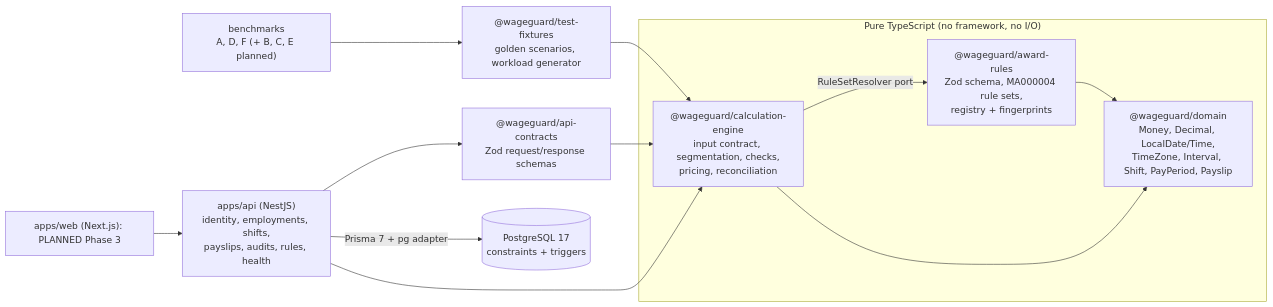
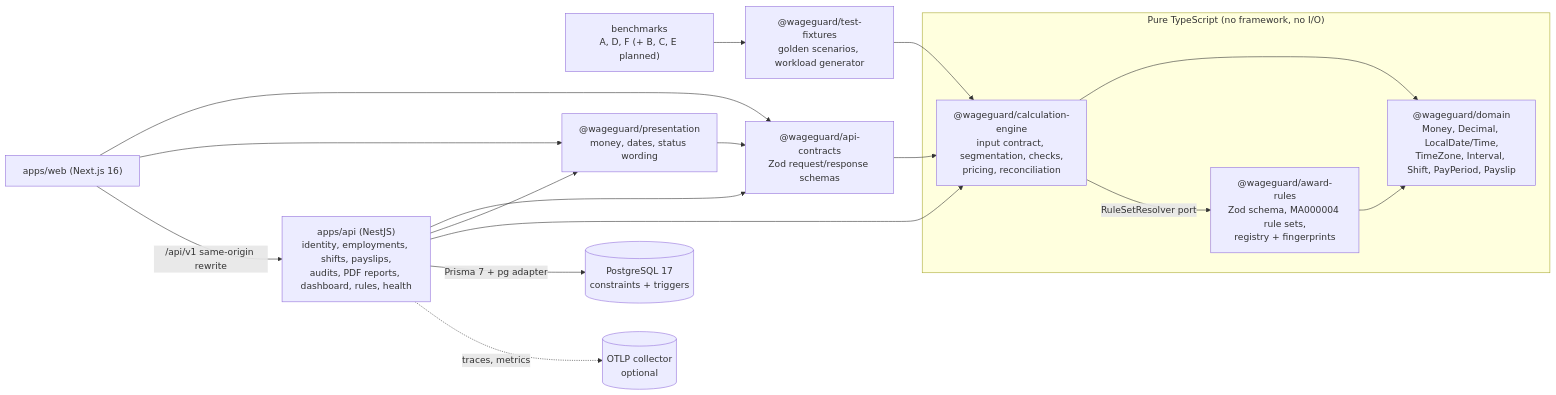
Before and after one commit to ijfabi/wageguard: the diagram in docs/architecture.md, drawn with Mermaid. The commit also changed other lines of this file and 80 other files, not shown here.

````diff
--- a/docs/architecture.md
+++ b/docs/architecture.md
@@ -7,25 +7,32 @@
 ```mermaid
 flowchart LR
   subgraph Pure["Pure TypeScript (no framework, no I/O)"]
     domain["@wageguard/domain<br/>Money, Decimal, LocalDate/Time,<br/>TimeZone, Interval, Shift, PayPeriod, Payslip"]
     rules["@wageguard/award-rules<br/>Zod schema, MA000004 rule sets,<br/>registry + fingerprints"]
     engine["@wageguard/calculation-engine<br/>input contract, segmentation, checks,<br/>pricing, reconciliation"]
   end
   fixtures["@wageguard/test-fixtures<br/>golden scenarios, workload generator"]
   bench["benchmarks<br/>A, D, F (+ B, C, E planned)"]
   contracts["@wageguard/api-contracts<br/>Zod request/response schemas"]
-  api["apps/api (NestJS)<br/>identity, employments, shifts,<br/>payslips, audits, rules, health"]
-  web["apps/web (Next.js): PLANNED Phase 3"]
+  presentation["@wageguard/presentation<br/>money, dates, status wording"]
+  api["apps/api (NestJS)<br/>identity, employments, shifts, payslips,<br/>audits, PDF reports, dashboard, rules, health"]
+  web["apps/web (Next.js 16)"]
   db[("PostgreSQL 17<br/>constraints + triggers")]
+  otel[("OTLP collector<br/>optional")]
 
   rules --> domain
   engine --> domain
   engine -->|RuleSetResolver port| rules
   fixtures --> engine
   bench --> fixtures
   contracts --> engine
+  presentation --> contracts
   api --> contracts
+  api --> presentation
   api --> engine
   api -->|Prisma 7 + pg adapter| db
-  web --> api
+  api -.->|traces, metrics| otel
+  web --> contracts
+  web --> presentation
+  web -->|/api/v1 same-origin rewrite| api
 ```
````
